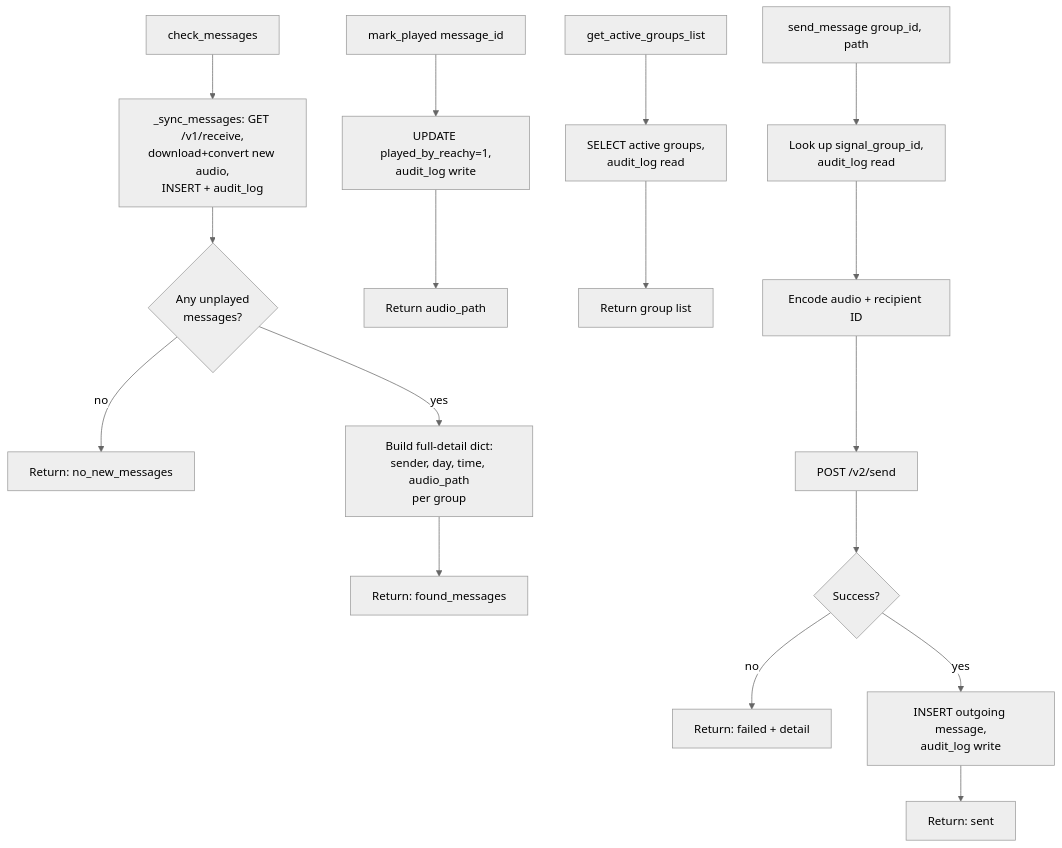
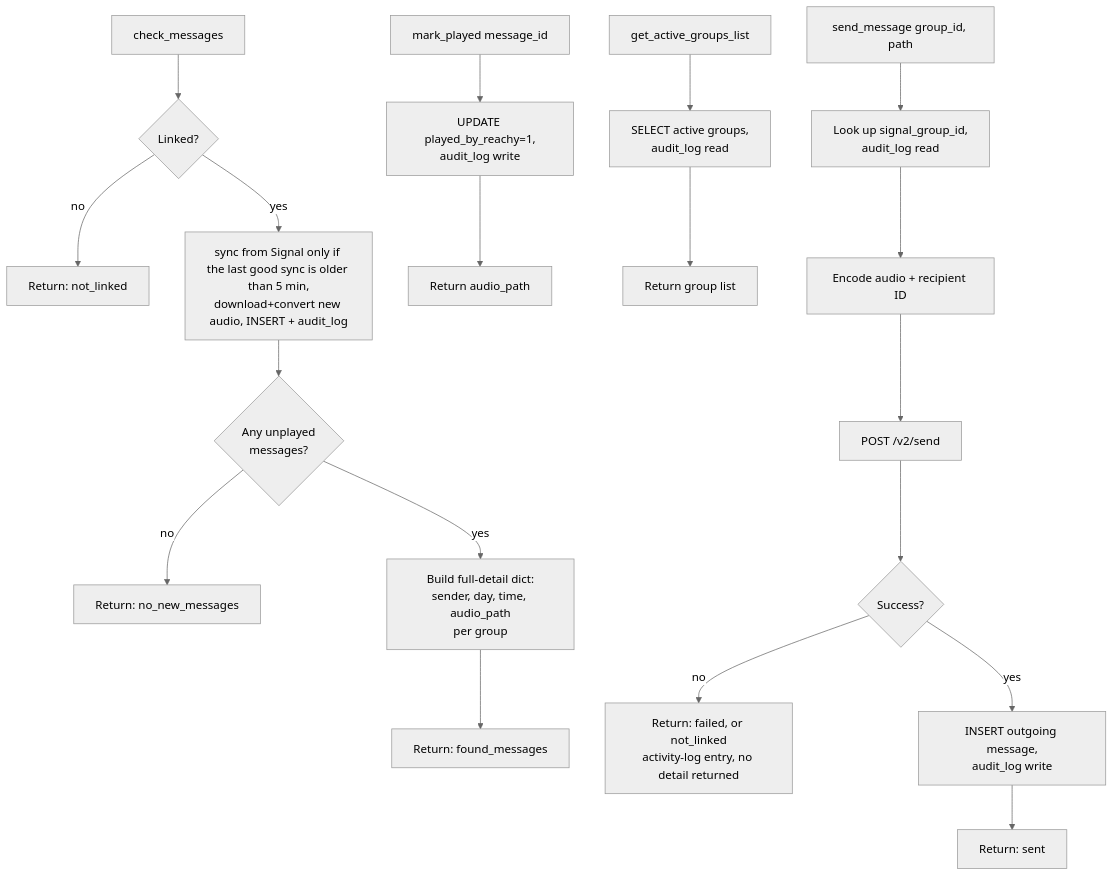
The seventh of 9 diagrams in docs/architecture/conversation-app.md (betiana688/lola-bla), drawn with Mermaid (neutral theme) before and after one commit. The commit also changed other lines of this file and 5 other files, not shown here.

Commit message:
Docs: install flow, database reference, conversation app diagrams, Story 3 status; open point on unlink order

````diff
--- a/docs/architecture/conversation-app.md
+++ b/docs/architecture/conversation-app.md
@@ -143,22 +149,24 @@
 ```mermaid
 flowchart TD
-    A1[check_messages] --> A2[_sync_messages: GET /v1/receive,<br/>download+convert new audio,<br/>INSERT + audit_log]
+    A1[check_messages] --> AL{Linked?}
+    AL -->|no| ALN[Return: not_linked]
+    AL -->|yes| A2[sync from Signal only if the last good sync is older than 5 min,<br/>download+convert new audio, INSERT + audit_log]
     A2 --> A3{Any unplayed<br/>messages?}
     A3 -->|no| A4[Return: no_new_messages]
     A3 -->|yes| A5[Build full-detail dict:<br/>sender, day, time, audio_path<br/>per group]
     A5 --> A6[Return: found_messages]
 
     B1[mark_played message_id] --> B2[UPDATE played_by_reachy=1,<br/>audit_log write]
     B2 --> B3[Return audio_path]
 
     C1[get_active_groups_list] --> C2[SELECT active groups,<br/>audit_log read]
     C2 --> C3[Return group list]
 
     D1[send_message group_id, path] --> D2[Look up signal_group_id,<br/>audit_log read]
     D2 --> D3[Encode audio + recipient ID]
     D3 --> D4[POST /v2/send]
     D4 --> D5{Success?}
-    D5 -->|no| D6[Return: failed + detail]
+    D5 -->|no| D6[Return: failed, or not_linked<br/>activity-log entry, no detail returned]
     D5 -->|yes| D7[INSERT outgoing message,<br/>audit_log write]
     D7 --> D8[Return: sent]
 ```
````
